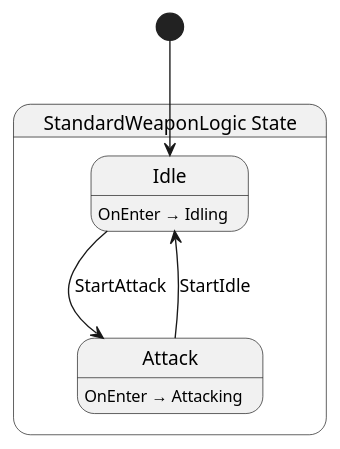
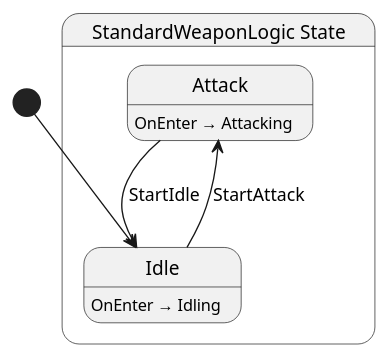
One commit to Ygoat/EternalJourney changed the diagram in src/weapon/abstract/state/StandardWeaponLogic.g.puml. Above: the diagram before and after it, drawn with PlantUML. The commit also changed other lines of this file and 18 other files, not shown here.

```diff
--- a/src/weapon/abstract/state/StandardWeaponLogic.g.puml
+++ b/src/weapon/abstract/state/StandardWeaponLogic.g.puml
@@ -1,14 +1,14 @@
 @startuml StandardWeaponLogic
 state "StandardWeaponLogic State" as EternalJourney_Weapon_Abstract_State_StandardWeaponLogic_State {
+  state "Attack" as EternalJourney_Weapon_Abstract_State_StandardWeaponLogic_State_Attack
   state "Idle" as EternalJourney_Weapon_Abstract_State_StandardWeaponLogic_State_Idle
-  state "Attack" as EternalJourney_Weapon_Abstract_State_StandardWeaponLogic_State_Attack
 }
 
 EternalJourney_Weapon_Abstract_State_StandardWeaponLogic_State_Attack --> EternalJourney_Weapon_Abstract_State_StandardWeaponLogic_State_Idle : StartIdle
 EternalJourney_Weapon_Abstract_State_StandardWeaponLogic_State_Idle --> EternalJourney_Weapon_Abstract_State_StandardWeaponLogic_State_Attack : StartAttack
 
 EternalJourney_Weapon_Abstract_State_StandardWeaponLogic_State_Attack : OnEnter → Attacking
 EternalJourney_Weapon_Abstract_State_StandardWeaponLogic_State_Idle : OnEnter → Idling
 
 [*] --> EternalJourney_Weapon_Abstract_State_StandardWeaponLogic_State_Idle
 @enduml
```
